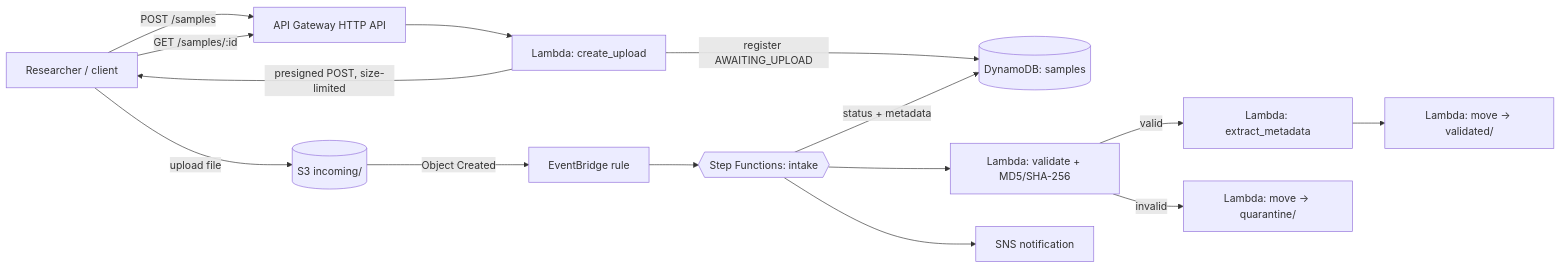
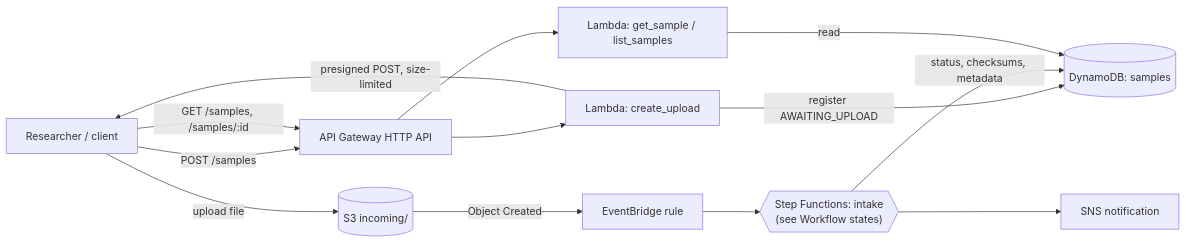
The diagram in README.md (pharmlovex/seqdrop), drawn with Mermaid before and after one commit. The commit also changed other lines of this file and 5 other files, not shown here.

First line of the commit message:
Add challenge write-up, demo video script and workflow graph PNG

````diff
--- a/README.md
+++ b/README.md
@@ -9,17 +9,15 @@
 ```mermaid
 flowchart LR
     U[Researcher / client] -->|POST /samples| API[API Gateway HTTP API]
     API --> CU[Lambda: create_upload]
     CU -->|register AWAITING_UPLOAD| DB[(DynamoDB: samples)]
     CU -->|presigned POST, size-limited| U
     U -->|upload file| S3[(S3 incoming/)]
     S3 -->|Object Created| EB[EventBridge rule]
-    EB --> SFN{{Step Functions: intake}}
-    SFN --> V[Lambda: validate + MD5/SHA-256]
-    V -->|valid| M[Lambda: extract_metadata]
-    M --> P[Lambda: move → validated/]
-    V -->|invalid| Q[Lambda: move → quarantine/]
-    SFN -->|status + metadata| DB
+    EB --> SFN{{"Step Functions: intake<br/>(see Workflow states)"}}
+    SFN -->|status, checksums, metadata| DB
     SFN --> SNS[SNS notification]
-    U -->|GET /samples/:id| API
+    U -->|GET /samples, /samples/:id| API
+    API --> GS[Lambda: get_sample / list_samples]
+    GS -->|read| DB
 ```
````
